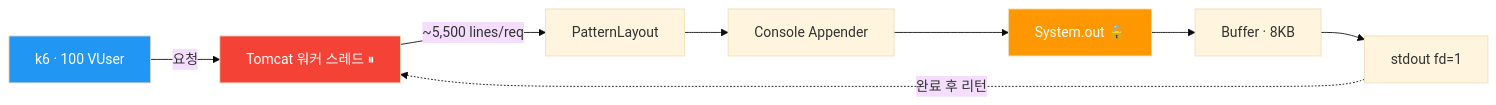
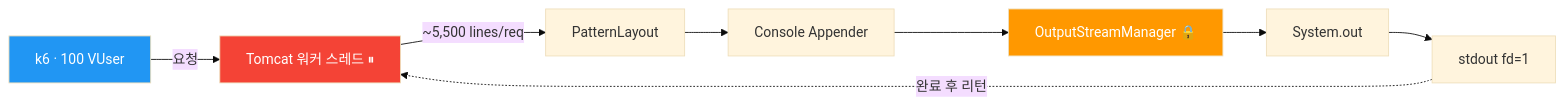
Before and after one commit to gukin-han/logging-lab: the second of 5 diagrams in docs/data-flow.md, drawn with Mermaid (base theme). The commit also changed other lines of this file and 3 other files, not shown here.

First line of the commit message:
데이터 플로우 다이어그램 정정 + TPS 차트 추가

````diff
--- a/docs/data-flow.md
+++ b/docs/data-flow.md
@@ -29,14 +29,14 @@
 ```mermaid
 flowchart LR
     Client["k6 · 100 VUser"] -->|"요청"| T["Tomcat 워커 스레드 ⏸"]
     T -->|"~5,500 lines/req"| PL["PatternLayout"]
     PL --> CA["Console Appender"]
-    CA --> SOUT["System.out 🔒"]
-    SOUT --> BUF["Buffer · 8KB"]
-    BUF --> FD["stdout fd=1"]
+    CA --> OSM["OutputStreamManager 🔒"]
+    OSM --> SOUT["System.out"]
+    SOUT --> FD["stdout fd=1"]
     FD -.->|"완료 후 리턴"| T
 
     style T fill:#F44336,color:#fff
-    style SOUT fill:#FF9800,color:#fff
+    style OSM fill:#FF9800,color:#fff
     style Client fill:#2196F3,color:#fff
 ```
````
